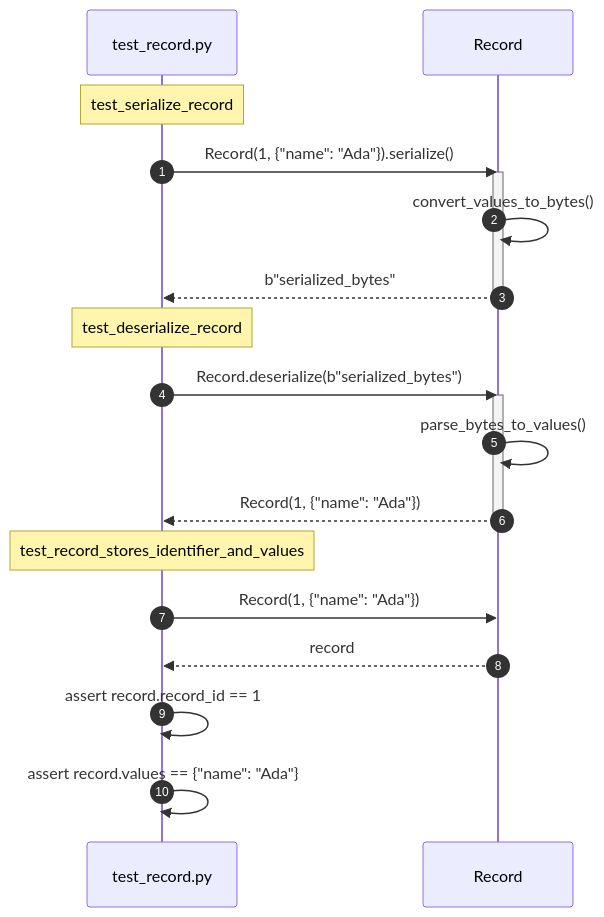
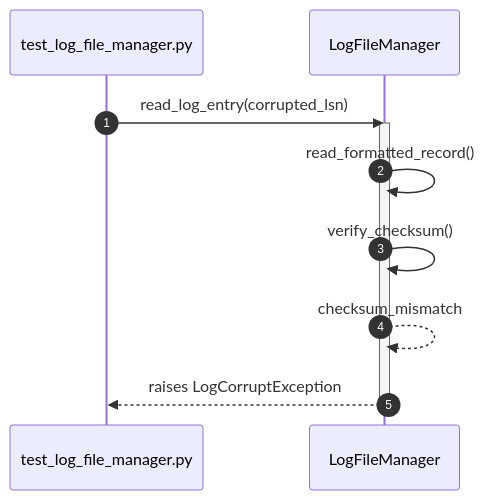
One commit to taitran501/DBMS changed diagram 20 of 56 in diagrams/sequence/storage_engine.md. Above: the diagram before and after it, drawn with Mermaid. The commit also changed other lines of this file and 44 other files, not shown here.

````diff
--- a/diagrams/sequence/storage_engine.md
+++ b/diagrams/sequence/storage_engine.md
@@ -320,26 +317,14 @@
 ```mermaid
 sequenceDiagram
     autonumber
-    participant Test as test_record.py
-    participant SUT as Record
+    participant Test as test_log_file_manager.py
+    participant SUT as LogFileManager
 
-    Note over Test: test_serialize_record
-    Test->>SUT: Record(1, {"name": "Ada"}).serialize()
+    Test->>SUT: read_log_entry(corrupted_lsn)
     activate SUT
-    SUT->>SUT: convert_values_to_bytes()
-    SUT-->>Test: b"serialized_bytes"
+    SUT->>SUT: read_formatted_record()
+    SUT->>SUT: verify_checksum()
+    SUT-->>SUT: checksum_mismatch
+    SUT-->>Test: raises LogCorruptException
     deactivate SUT
-
-    Note over Test: test_deserialize_record
-    Test->>SUT: Record.deserialize(b"serialized_bytes")
-    activate SUT
-    SUT->>SUT: parse_bytes_to_values()
-    SUT-->>Test: Record(1, {"name": "Ada"})
-    deactivate SUT
-
-    Note over Test: test_record_stores_identifier_and_values
-    Test->>SUT: Record(1, {"name": "Ada"})
-    SUT-->>Test: record
-    Test->>Test: assert record.record_id == 1
-    Test->>Test: assert record.values == {"name": "Ada"}
 ```
````
